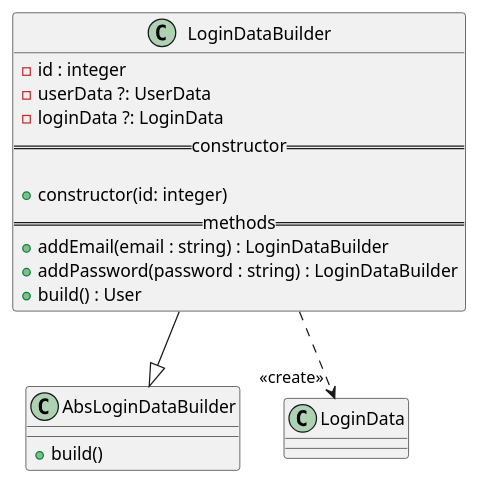
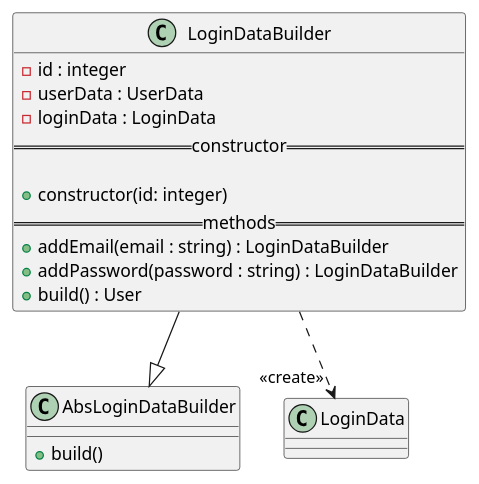
One commit to GruppOne/stalker-web-app changed the diagram in docs/diagrams/classes/User/LoginDataBuilder.pu. Above: the diagram before and after it, drawn with PlantUML. The commit also changed 5 other files, not shown here.

Commit message:
docs: fix more diagrams

```diff
--- a/docs/diagrams/classes/User/LoginDataBuilder.pu
+++ b/docs/diagrams/classes/User/LoginDataBuilder.pu
@@ -1,20 +1,20 @@
 @startuml Login Builder Diagram
 class AbsLoginDataBuilder {
   + build()
 }
 class LoginDataBuilder {
   - id : integer
-  - userData ?: UserData
-  - loginData ?: LoginData
+  - userData : UserData
+  - loginData : LoginData
   == constructor ==
 
   + constructor(id: integer)
   == methods ==
   + addEmail(email : string) : LoginDataBuilder
   + addPassword(password : string) : LoginDataBuilder
   + build() : User
 }
 
 LoginDataBuilder ..> "<<create>>" LoginData
 LoginDataBuilder --|>  AbsLoginDataBuilder
 @enduml
```
